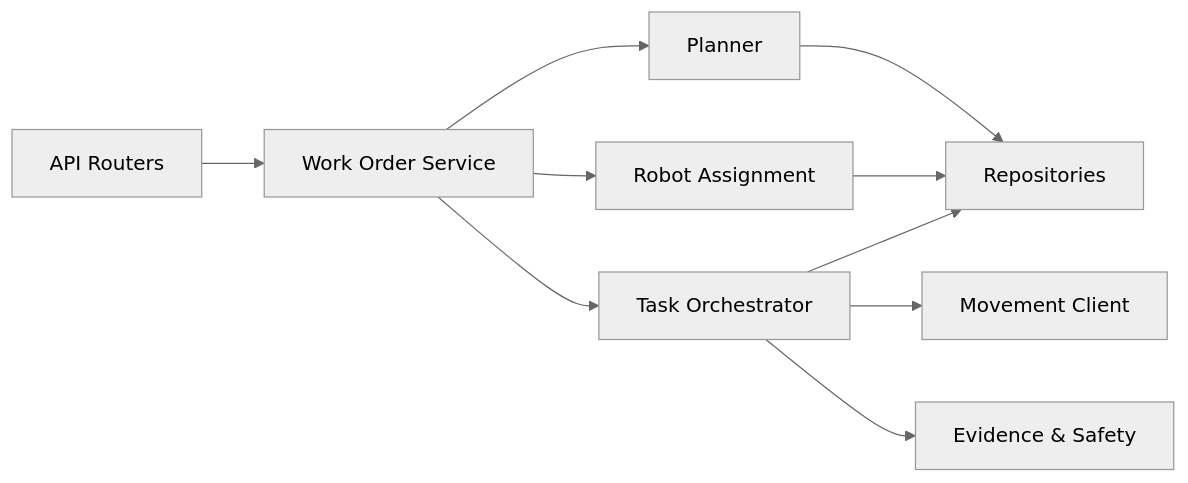
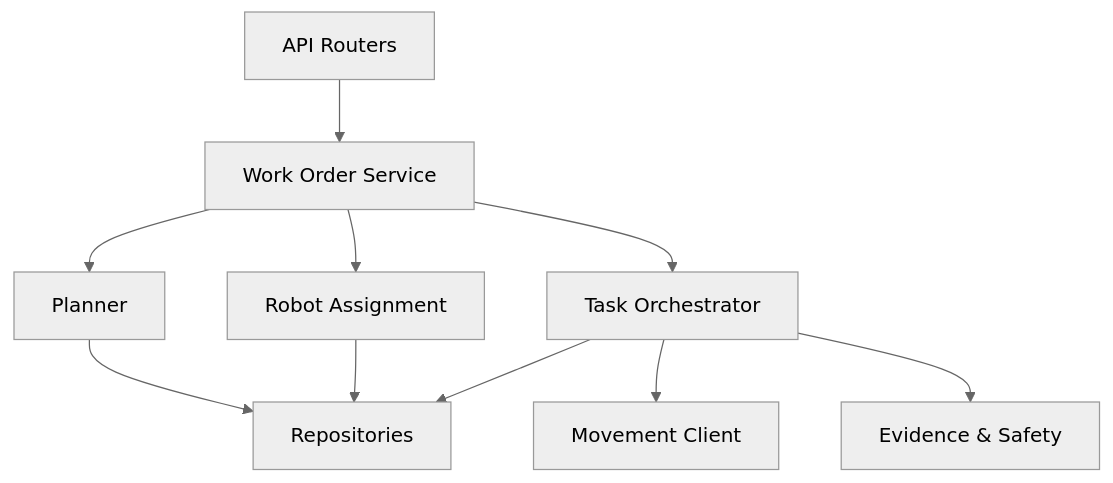
One commit to eduwing-robotics/ros2-ai-amr-repo3 changed the second of 2 diagrams in main-server/docs/responsibility.md. Above: the diagram before and after it, drawn with Mermaid (neutral theme). The commit also changed other lines of this file and 14 other files, not shown here.

````diff
--- a/main-server/docs/responsibility.md
+++ b/main-server/docs/responsibility.md
@@ -50,12 +47,12 @@
 ```mermaid
-flowchart LR
+flowchart TB
     API[API Routers] --> Work[Work Order Service]
     Work --> Planner[Planner]
     Work --> Assign[Robot Assignment]
     Planner --> Repo[Repositories]
     Assign --> Repo
     Work --> Orch[Task Orchestrator]
     Orch --> Move[Movement Client]
     Orch --> Evidence[Evidence & Safety]
     Orch --> Repo
 ```
````
